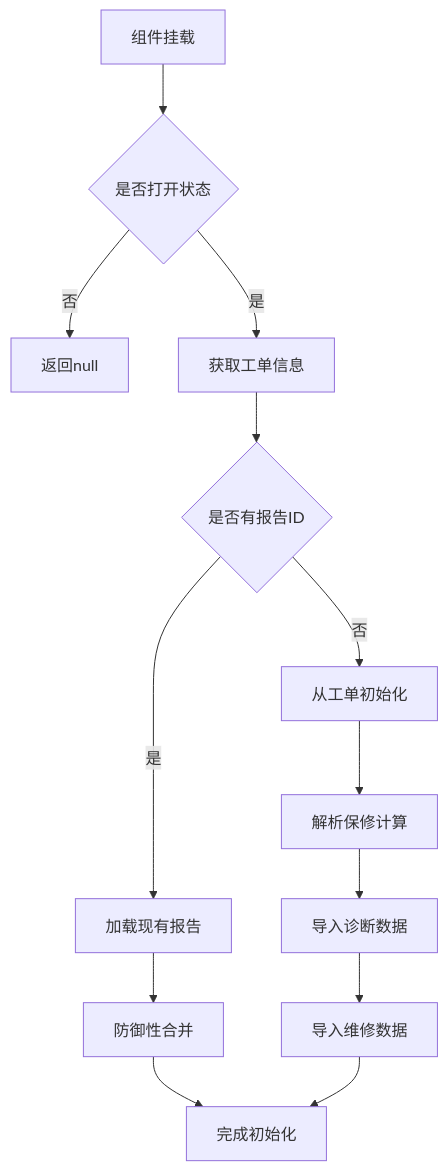
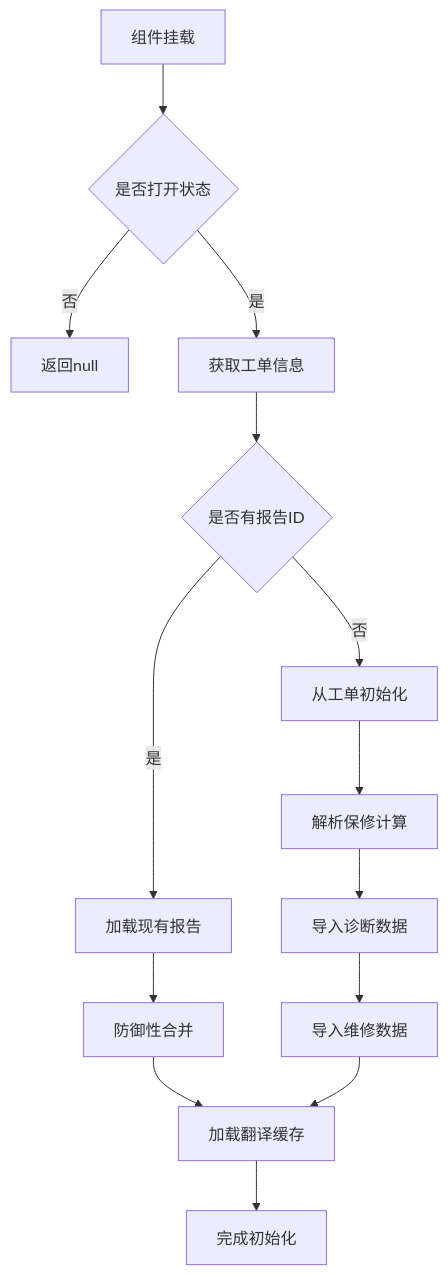
Before and after one commit to CubeEdge/Longhorn: the sixth of 40 diagrams in .qoder/repowiki/zh/content/Repair Report Editor Component.md, drawn with Mermaid. The commit also changed other lines of this file and 53 other files, not shown here.

````diff
--- a/.qoder/repowiki/zh/content/Repair Report Editor Component.md
+++ b/.qoder/repowiki/zh/content/Repair Report Editor Component.md
@@ -231,15 +340,16 @@
 ```mermaid
 flowchart TD
 A[组件挂载] --> B{是否打开状态}
 B --> |否| C[返回null]
 B --> |是| D[获取工单信息]
 D --> E{是否有报告ID}
 E --> |是| F[加载现有报告]
 E --> |否| G[从工单初始化]
 F --> H[防御性合并]
 G --> I[解析保修计算]
 I --> J[导入诊断数据]
 J --> K[导入维修数据]
-H --> L[完成初始化]
+H --> L[加载翻译缓存]
 K --> L
+L --> M[完成初始化]
 ```
````
